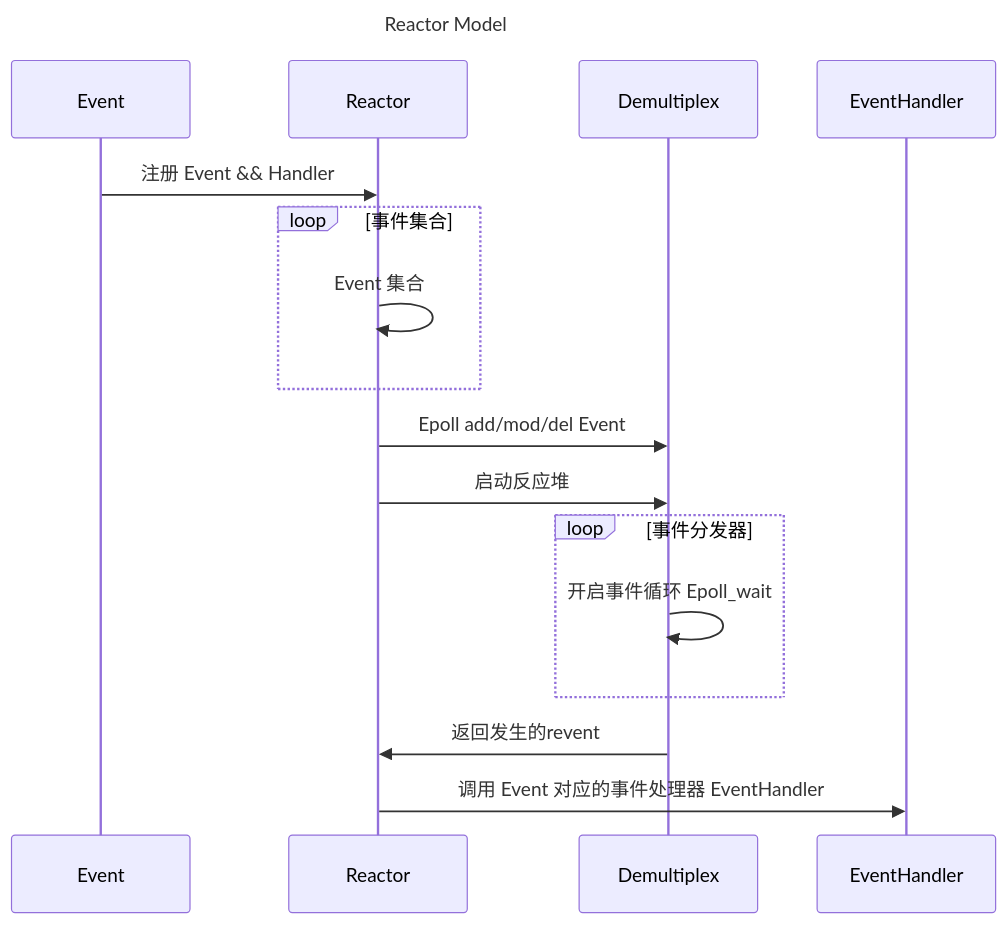
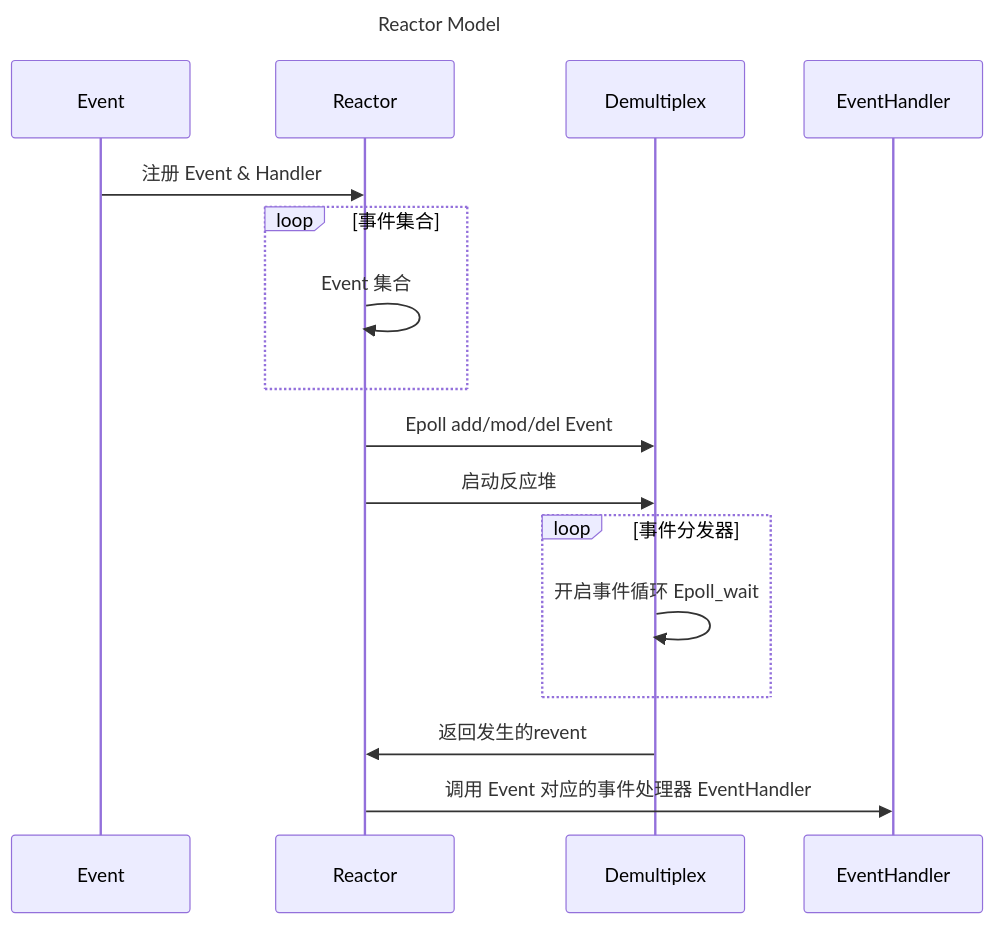
Before and after one commit to SKnight-qyh/muduo_server: the diagram in Rewrite Muduo Library.md, drawn with Mermaid. The commit also changed other lines of this file and 48 other files, not shown here.

````diff
--- a/Rewrite Muduo Library.md
+++ b/Rewrite Muduo Library.md
@@ -3,20 +3,20 @@
 ```mermaid
 sequenceDiagram
 	title Reactor Model
     participant Event
     participant Reactor
     participant Demultiplex
     participant EventHandler
-    Event ->> Reactor: 注册 Event && Handler
+    Event ->> Reactor: 注册 Event & Handler
     loop 事件集合
     	Reactor ->> Reactor: Event 集合
     end
     Reactor ->> Demultiplex: Epoll add/mod/del Event
     Reactor ->> Demultiplex: 启动反应堆
     loop 事件分发器
     	Demultiplex ->> Demultiplex: 开启事件循环 Epoll_wait
     end
     Demultiplex ->> Reactor: 返回发生的revent
     Reactor ->> EventHandler: 调用 Event 对应的事件处理器 EventHandler 
 
 ```
````
